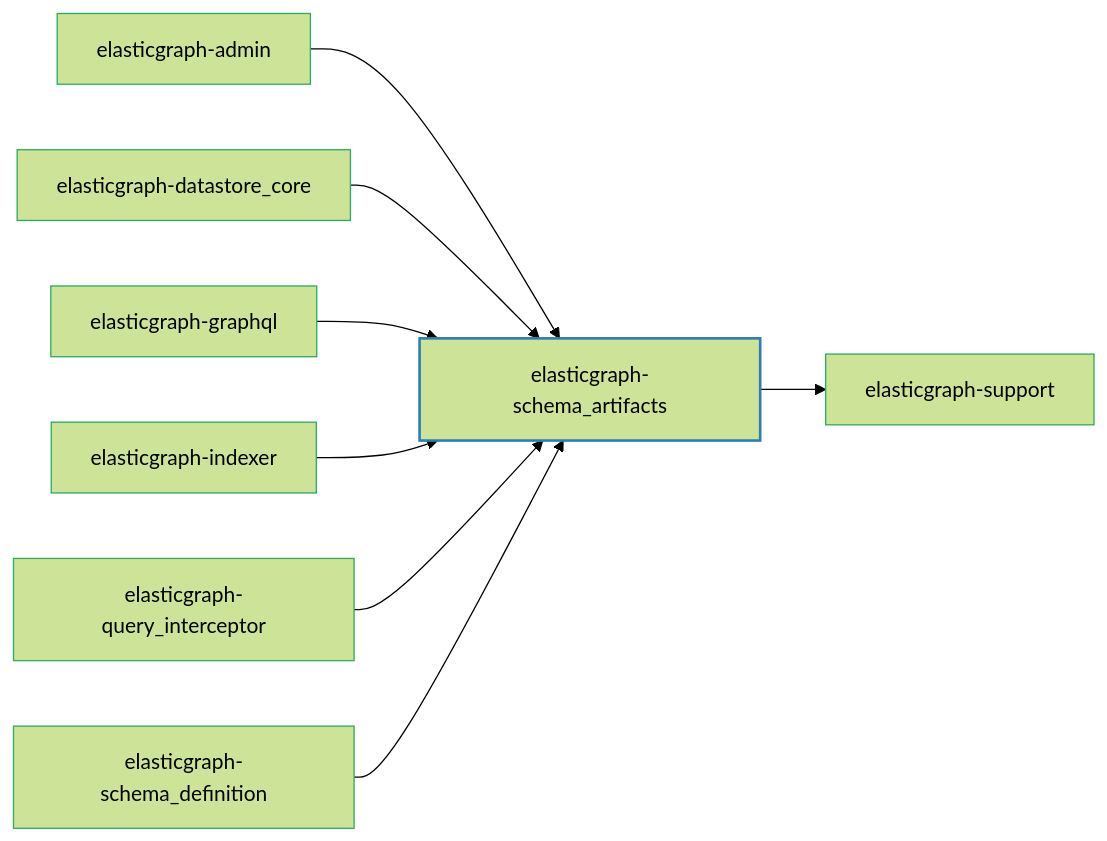
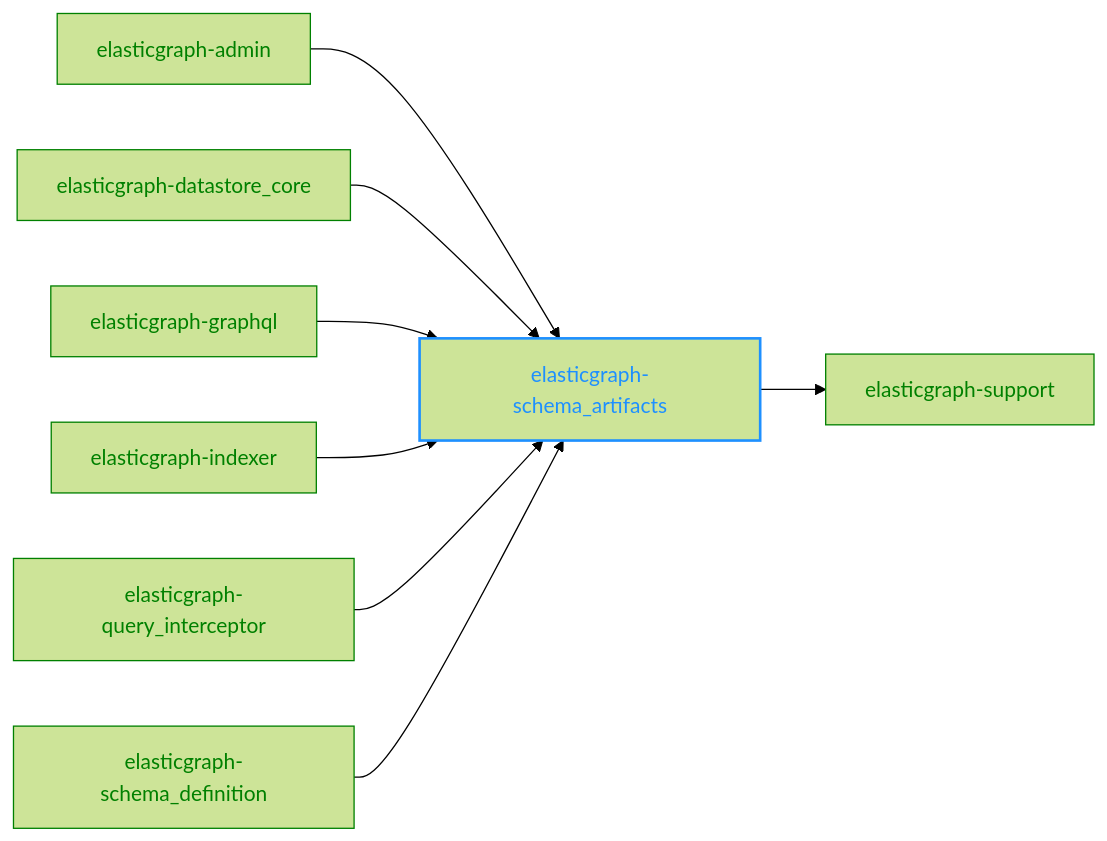
The diagram in elasticgraph-schema_artifacts/README.md (block/elasticgraph), drawn with Mermaid (forest theme) before and after one commit. The commit also changed 23 other files, not shown here.

````diff
--- a/elasticgraph-schema_artifacts/README.md
+++ b/elasticgraph-schema_artifacts/README.md
@@ -7,26 +7,26 @@
 ```mermaid
 graph LR;
     elasticgraph-schema_artifacts["elasticgraph-schema_artifacts"];
     elasticgraph-support["elasticgraph-support"];
     elasticgraph-schema_artifacts --> elasticgraph-support;
     elasticgraph-admin["elasticgraph-admin"];
     elasticgraph-admin --> elasticgraph-schema_artifacts;
     elasticgraph-datastore_core["elasticgraph-datastore_core"];
     elasticgraph-datastore_core --> elasticgraph-schema_artifacts;
     elasticgraph-graphql["elasticgraph-graphql"];
     elasticgraph-graphql --> elasticgraph-schema_artifacts;
     elasticgraph-indexer["elasticgraph-indexer"];
     elasticgraph-indexer --> elasticgraph-schema_artifacts;
     elasticgraph-query_interceptor["elasticgraph-query_interceptor"];
     elasticgraph-query_interceptor --> elasticgraph-schema_artifacts;
     elasticgraph-schema_definition["elasticgraph-schema_definition"];
     elasticgraph-schema_definition --> elasticgraph-schema_artifacts;
-    style elasticgraph-schema_artifacts fill:#lightblue,stroke:#2980b9,stroke-width:2px,color:#000;
-    style elasticgraph-support fill:#lightgreen,stroke:#27ae60,stroke-width:1px,color:#000;
-    style elasticgraph-admin fill:#lightgreen,stroke:#27ae60,stroke-width:1px,color:#000;
-    style elasticgraph-datastore_core fill:#lightgreen,stroke:#27ae60,stroke-width:1px,color:#000;
-    style elasticgraph-graphql fill:#lightgreen,stroke:#27ae60,stroke-width:1px,color:#000;
-    style elasticgraph-indexer fill:#lightgreen,stroke:#27ae60,stroke-width:1px,color:#000;
-    style elasticgraph-query_interceptor fill:#lightgreen,stroke:#27ae60,stroke-width:1px,color:#000;
-    style elasticgraph-schema_definition fill:#lightgreen,stroke:#27ae60,stroke-width:1px,color:#000;
+    style elasticgraph-schema_artifacts color:DodgerBlue,stroke-width:2px,stroke:DodgerBlue;
+    style elasticgraph-support color:Green,stroke:Green;
+    style elasticgraph-admin color:Green,stroke:Green;
+    style elasticgraph-datastore_core color:Green,stroke:Green;
+    style elasticgraph-graphql color:Green,stroke:Green;
+    style elasticgraph-indexer color:Green,stroke:Green;
+    style elasticgraph-query_interceptor color:Green,stroke:Green;
+    style elasticgraph-schema_definition color:Green,stroke:Green;
 ```
````
